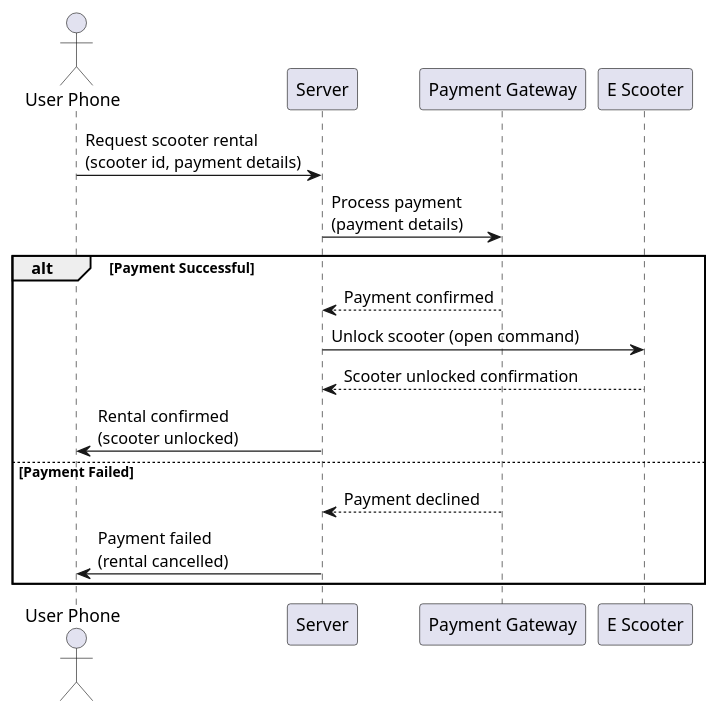
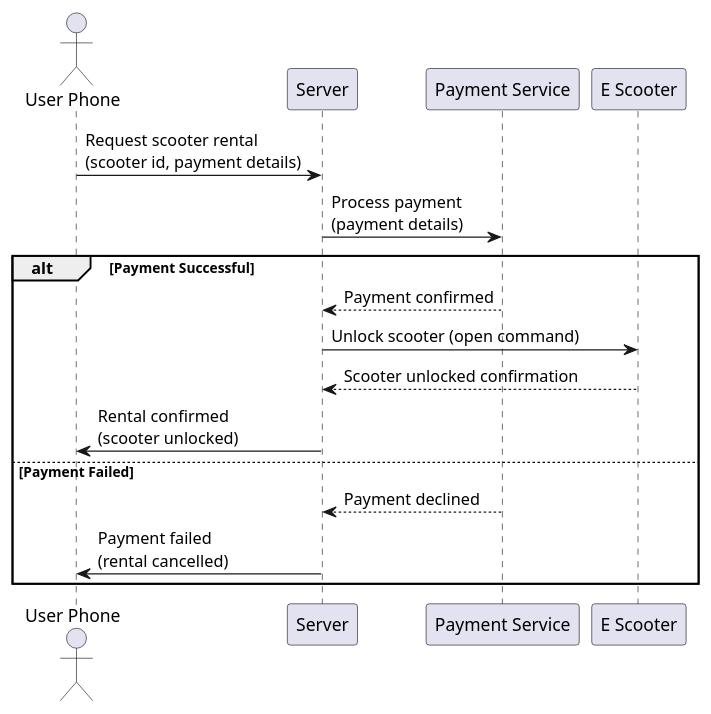
The diagram in docs/diagrams/rent-scooter.puml (SverreNystad/communication-systems), drawn with PlantUML before and after one commit. The commit also changed 2 other files, not shown here.

Commit message:
docs: Update sequence diagrams to improve

```diff
--- a/docs/diagrams/rent-scooter.puml
+++ b/docs/diagrams/rent-scooter.puml
@@ -1,18 +1,18 @@
 @startuml
 actor "User Phone" as UserPhone
 participant "Server" as Server
-participant "Payment Gateway" as PaymentGateway
+participant "Payment Service" as PaymentService
 participant "E Scooter" as EScooter
 
 UserPhone -> Server: Request scooter rental\n(scooter id, payment details)
-Server -> PaymentGateway: Process payment\n(payment details)
+Server -> PaymentService: Process payment\n(payment details)
 alt Payment Successful
-    PaymentGateway --> Server: Payment confirmed
+    PaymentService --> Server: Payment confirmed
     Server -> EScooter: Unlock scooter (open command)
     EScooter --> Server: Scooter unlocked confirmation
     Server -> UserPhone: Rental confirmed\n(scooter unlocked)
 else Payment Failed
-    PaymentGateway --> Server: Payment declined
+    PaymentService --> Server: Payment declined
     Server -> UserPhone: Payment failed\n(rental cancelled)
 end alt
 @enduml
```
